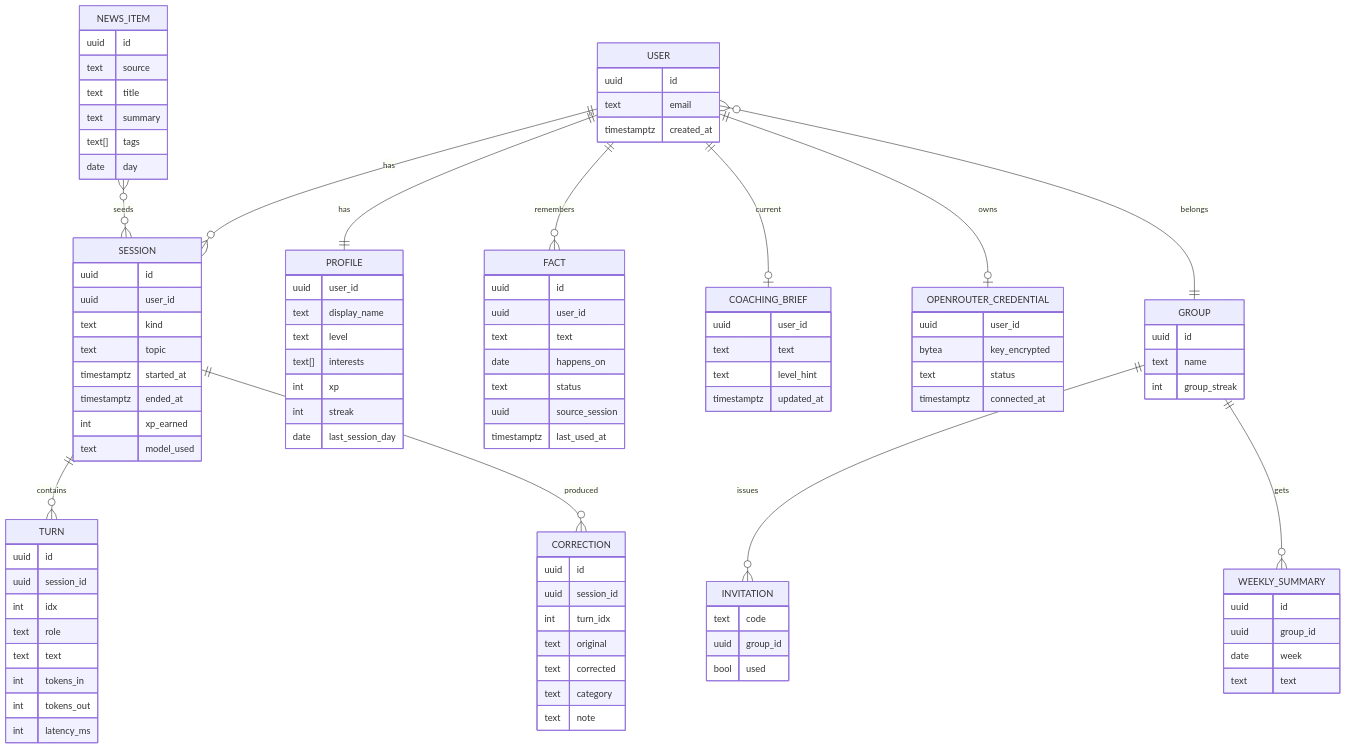
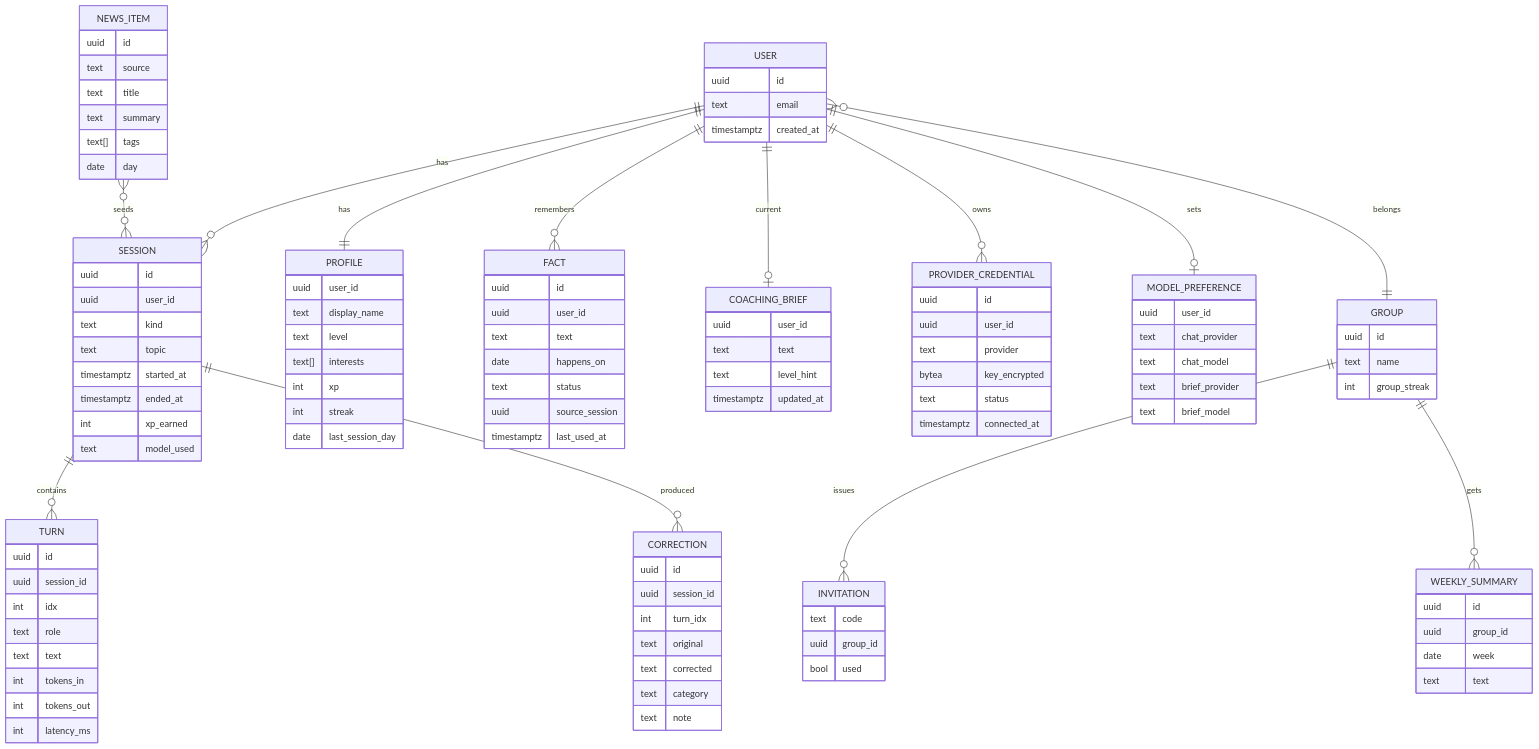
The third of 3 diagrams in docs/PRD.md (hectorcanaimero/fluent), drawn with Mermaid before and after one commit. The commit also changed other lines of this file, not shown here.

````diff
--- a/docs/PRD.md
+++ b/docs/PRD.md
@@ -234,27 +240,29 @@
 ```mermaid
 erDiagram
     USER ||--o{ SESSION : has
     USER ||--|| PROFILE : has
     USER ||--o{ FACT : remembers
     USER ||--o| COACHING_BRIEF : current
-    USER ||--o| OPENROUTER_CREDENTIAL : owns
+    USER ||--o{ PROVIDER_CREDENTIAL : owns
+    USER ||--o| MODEL_PREFERENCE : sets
     USER }o--|| GROUP : belongs
     SESSION ||--o{ TURN : contains
     SESSION ||--o{ CORRECTION : produced
     GROUP ||--o{ INVITATION : issues
     GROUP ||--o{ WEEKLY_SUMMARY : gets
     NEWS_ITEM }o--o{ SESSION : seeds
 
     USER { uuid id  text email  timestamptz created_at }
     PROFILE { uuid user_id  text display_name  text level  text[] interests  int xp  int streak  date last_session_day }
-    OPENROUTER_CREDENTIAL { uuid user_id  bytea key_encrypted  text status  timestamptz connected_at }
+    PROVIDER_CREDENTIAL { uuid id  uuid user_id  text provider  bytea key_encrypted  text status  timestamptz connected_at }
+    MODEL_PREFERENCE { uuid user_id  text chat_provider  text chat_model  text brief_provider  text brief_model }
     SESSION { uuid id  uuid user_id  text kind  text topic  timestamptz started_at  timestamptz ended_at  int xp_earned  text model_used }
     TURN { uuid id  uuid session_id  int idx  text role  text text  int tokens_in  int tokens_out  int latency_ms }
     CORRECTION { uuid id  uuid session_id  int turn_idx  text original  text corrected  text category  text note }
     FACT { uuid id  uuid user_id  text text  date happens_on  text status  uuid source_session  timestamptz last_used_at }
     COACHING_BRIEF { uuid user_id  text text  text level_hint  timestamptz updated_at }
     GROUP { uuid id  text name  int group_streak }
     INVITATION { text code  uuid group_id  bool used }
     NEWS_ITEM { uuid id  text source  text title  text summary  text[] tags  date day }
     WEEKLY_SUMMARY { uuid id  uuid group_id  date week  text text }
 ```
````
